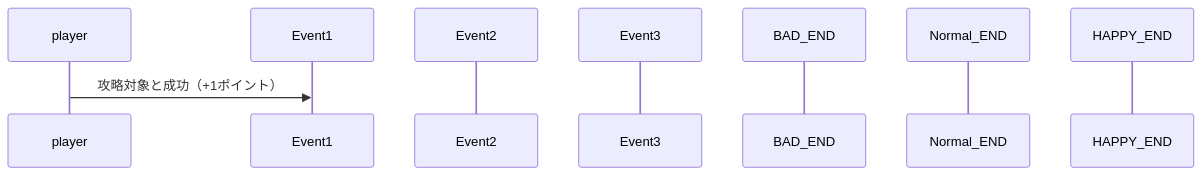
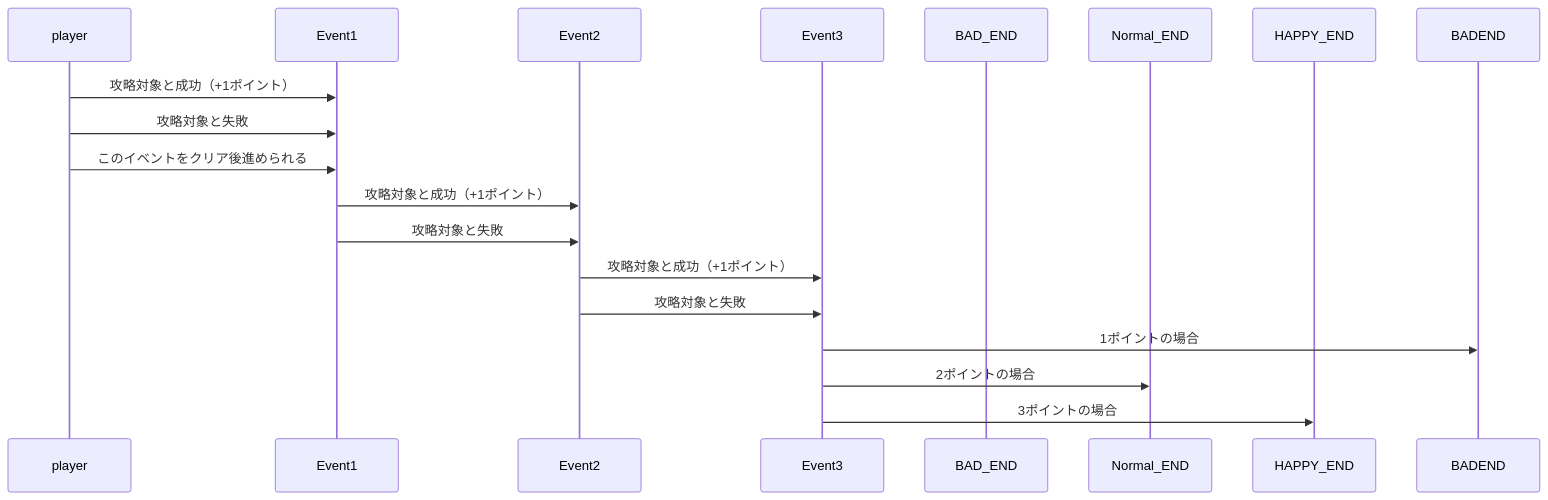
The second of 2 diagrams in README.md (tpu-game-2022/mermaid_test), drawn with Mermaid before and after one commit.

Commit message:
変更しました

````diff
--- a/README.md
+++ b/README.md
@@ -37,11 +37,20 @@
 ```mermaid
 sequenceDiagram
 participant player
 participant　Event1
 participant　Event2
 participant  Event3
 participant　BAD_END
 participant　Normal_END
 participant　HAPPY_END
 player->>Event1:攻略対象と成功（+1ポイント）
+player->>Event1:攻略対象と失敗
+player->>Event1:このイベントをクリア後進められる
+Event1->>Event2:攻略対象と成功（+1ポイント）
+Event1->>Event2:攻略対象と失敗
+Event2->>Event3:攻略対象と成功（+1ポイント）
+Event2->>Event3:攻略対象と失敗
+Event3->>BADEND:1ポイントの場合
+Event3->>Normal_END:2ポイントの場合
+Event3->>HAPPY_END:3ポイントの場合
 ```
````
